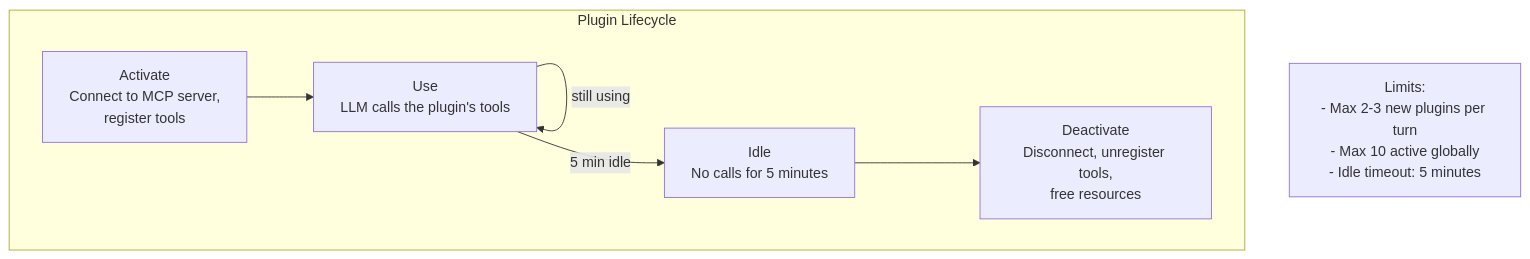
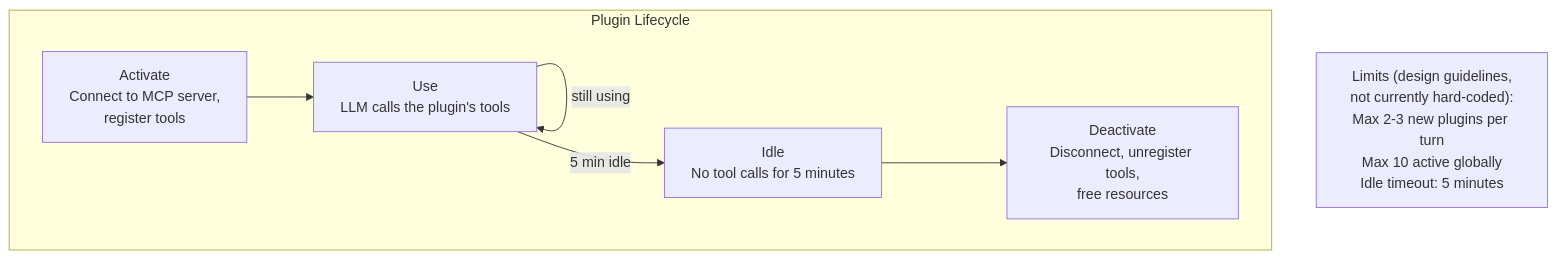
Before and after one commit to 2kages/agent-learning: the ninth of 11 diagrams in progressive-discovery.md, drawn with Mermaid. The commit also changed other lines of this file and 2 other files, not shown here.

````diff
--- a/progressive-discovery.md
+++ b/progressive-discovery.md
@@ -216,17 +356,16 @@
 ```mermaid
 flowchart TD
     subgraph LIFECYCLE ["Plugin Lifecycle"]
         ACTIVATE["Activate<br/>Connect to MCP server,<br/>register tools"]
         USE["Use<br/>LLM calls the plugin's tools"]
-        IDLE["Idle<br/>No calls for 5 minutes"]
+        IDLE["Idle<br/>No tool calls for 5 minutes"]
         DEACTIVATE["Deactivate<br/>Disconnect, unregister tools,<br/>free resources"]
 
         ACTIVATE --> USE
         USE -->|"still using"| USE
         USE -->|"5 min idle"| IDLE
         IDLE --> DEACTIVATE
     end
 
-    LIMITS["Limits:<br/>- Max 2-3 new plugins per turn<br/>- Max 10 active globally<br/>- Idle timeout: 5 minutes"]
-
+    LIMITS["Limits (design guidelines,<br/>not currently hard-coded):<br/>Max 2-3 new plugins per turn<br/>Max 10 active globally<br/>Idle timeout: 5 minutes"]
 ```
````
